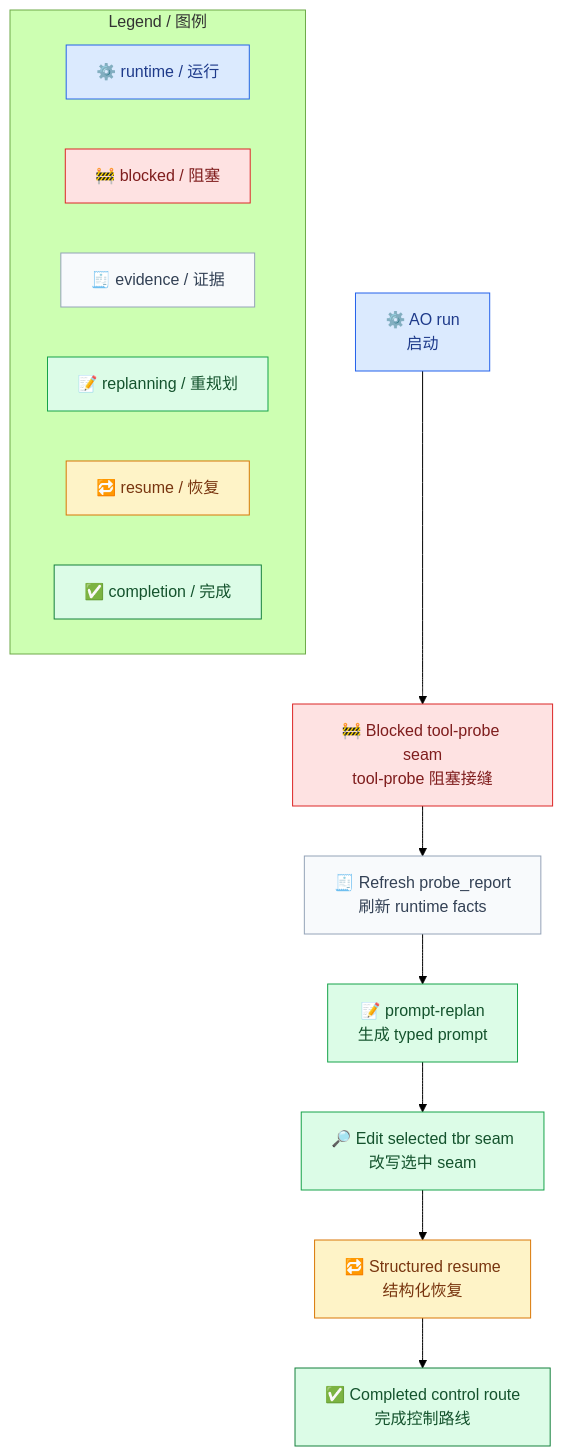
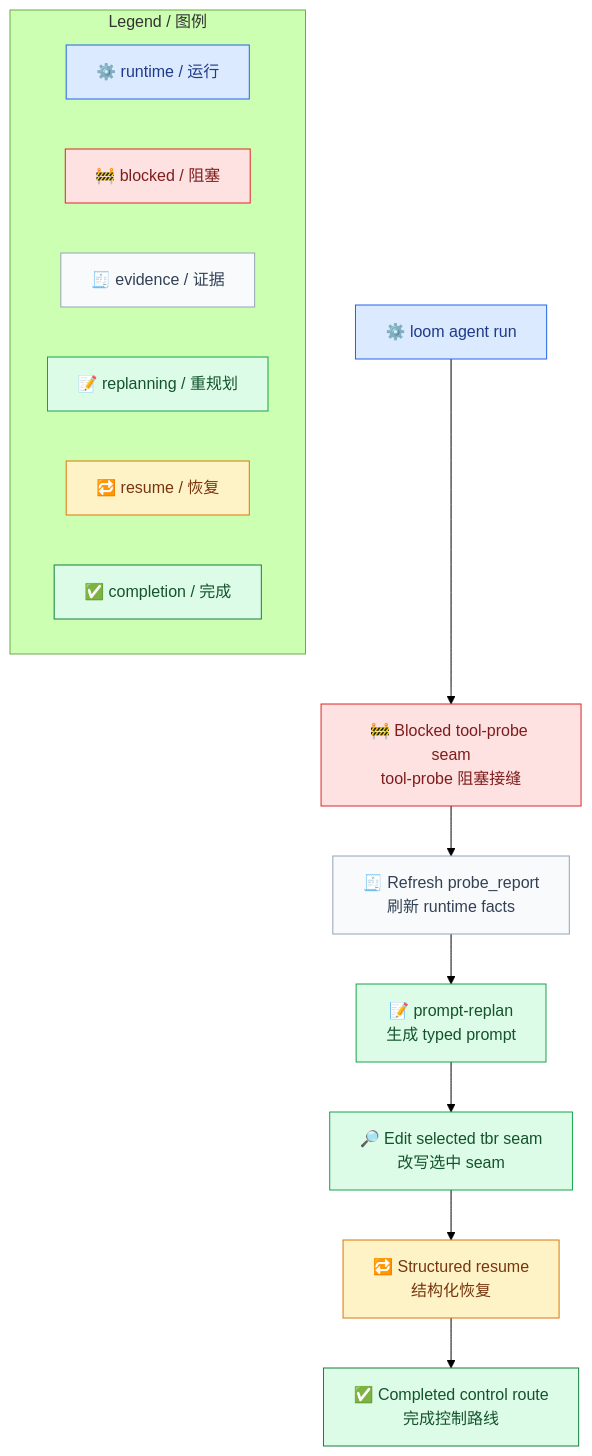
The diagram in docs/en/examples/ao-blocked-replan-run.md (waynebaby/Techne-Loom), drawn with Mermaid (forest theme) before and after one commit. The commit also changed other lines of this file and 45 other files, not shown here.

````diff
--- a/docs/en/examples/ao-blocked-replan-run.md
+++ b/docs/en/examples/ao-blocked-replan-run.md
@@ -15,39 +15,39 @@
 ```mermaid
 
 flowchart TD
-    A["⚙️ AO run<br/>启动"] --> B["🚧 Blocked tool-probe seam<br/>tool-probe 阻塞接缝"]
+    A["⚙️ loom agent run"] --> B["🚧 Blocked tool-probe seam<br/>tool-probe 阻塞接缝"]
     B --> C["🧾 Refresh probe_report<br/>刷新 runtime facts"]
     C --> D["📝 prompt-replan<br/>生成 typed prompt"]
     D --> E["🔎 Edit selected tbr seam<br/>改写选中 seam"]
     E --> F["🔁 Structured resume<br/>结构化恢复"]
     F --> G["✅ Completed control route<br/>完成控制路线"]
 
     classDef runtime fill:#dbeafe,stroke:#2563eb,color:#1e3a8a;
     classDef blocked fill:#fee2e2,stroke:#dc2626,color:#7f1d1d;
     classDef evidence fill:#f8fafc,stroke:#94a3b8,color:#334155;
     classDef draft fill:#dcfce7,stroke:#16a34a,color:#14532d;
     classDef continuation fill:#fef3c7,stroke:#d97706,color:#78350f;
     classDef done fill:#dcfce7,stroke:#15803d,color:#14532d;
     class A runtime;
     class B blocked;
     class C evidence;
     class D draft;
     class E draft;
     class F continuation;
     class G done;
     subgraph legend["Legend / 图例"]
         L1["⚙️ runtime / 运行"]
         L2["🚧 blocked / 阻塞"]
         L3["🧾 evidence / 证据"]
         L4["📝 replanning / 重规划"]
         L5["🔁 resume / 恢复"]
         L6["✅ completion / 完成"]
     end
     class L1 runtime;
     class L2 blocked;
     class L3 evidence;
     class L4 draft;
     class L5 continuation;
     class L6 done;
 
 ```
````
